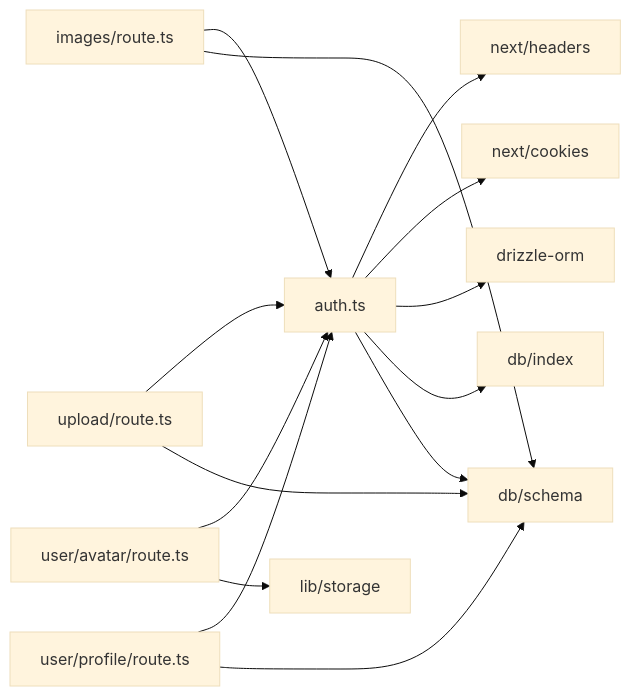
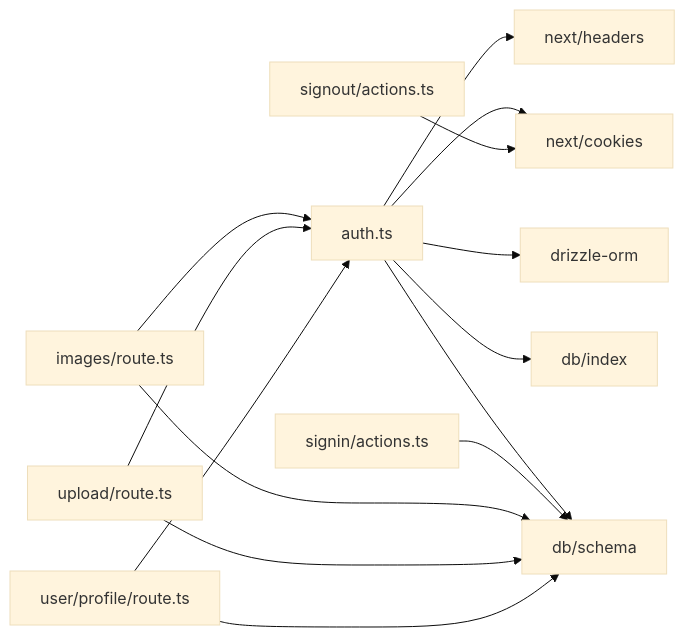
The seventh of 7 diagrams in .qoder/repowiki/zh/content/核心模块/认证系统.md (pnnh/weable), drawn with Mermaid (base theme) before and after one commit. The commit also changed other lines of this file and 161 other files, not shown here.

````diff
--- a/.qoder/repowiki/zh/content/核心模块/认证系统.md
+++ b/.qoder/repowiki/zh/content/核心模块/认证系统.md
@@ -289,16 +360,16 @@
 ```mermaid
 graph LR
 Auth["auth.ts"] --> Headers["next/headers"]
 Auth --> Cookies["next/cookies"]
 Auth --> Drizzle["drizzle-orm"]
 Auth --> DBIndex["db/index"]
 Auth --> Schema["db/schema"]
 ImagesRoute["images/route.ts"] --> Auth
 UploadRoute["upload/route.ts"] --> Auth
 ProfileRoute["user/profile/route.ts"] --> Auth
-AvatarRoute["user/avatar/route.ts"] --> Auth
+SignInAction["signin/actions.ts"] --> Schema
+SignOutAction["signout/actions.ts"] --> Cookies
 ImagesRoute --> Schema
 UploadRoute --> Schema
 ProfileRoute --> Schema
-AvatarRoute --> Storage["lib/storage"]
 ```
````
